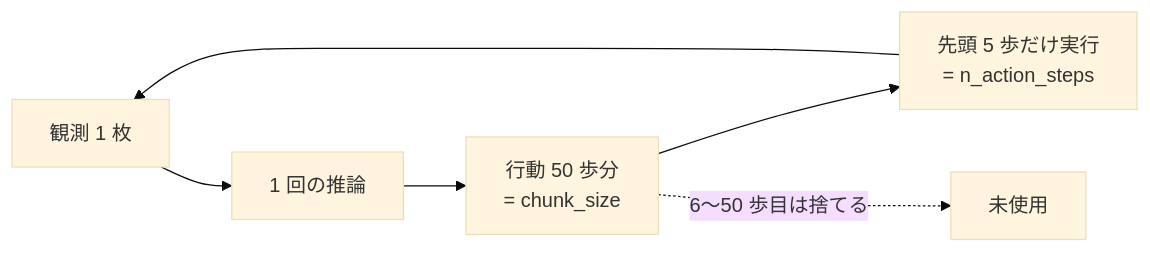
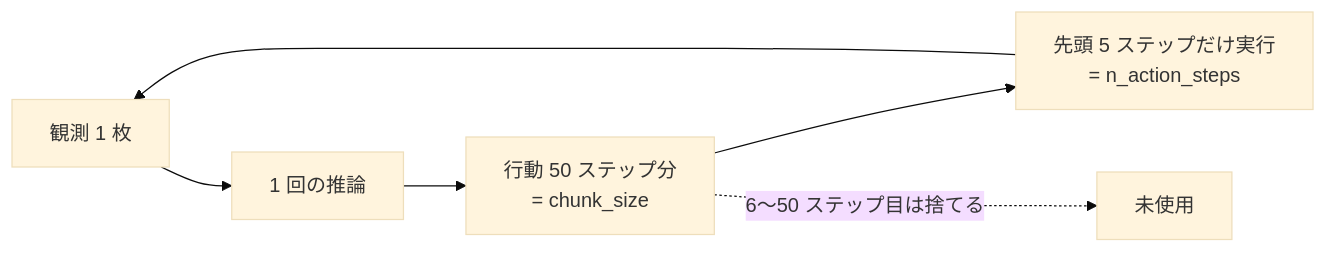
The diagram in docs/reference/07_chunk_params.md (siruku6/PARC2026_pre), drawn with Mermaid (base theme) before and after one commit. The commit also changed other lines of this file and 89 other files, not shown here.

````diff
--- a/docs/reference/07_chunk_params.md
+++ b/docs/reference/07_chunk_params.md
@@ -27,8 +27,8 @@
 ```mermaid
 flowchart LR
     O["観測 1 枚"] --> P["1 回の推論"]
-    P --> C["行動 50 歩分<br/>= chunk_size"]
-    C --> E["先頭 5 歩だけ実行<br/>= n_action_steps"]
+    P --> C["行動 50 ステップ分<br/>= chunk_size"]
+    C --> E["先頭 5 ステップだけ実行<br/>= n_action_steps"]
     E --> O
-    C -.->|6〜50 歩目は捨てる| X["未使用"]
+    C -.->|6〜50 ステップ目は捨てる| X["未使用"]
 ```
````
